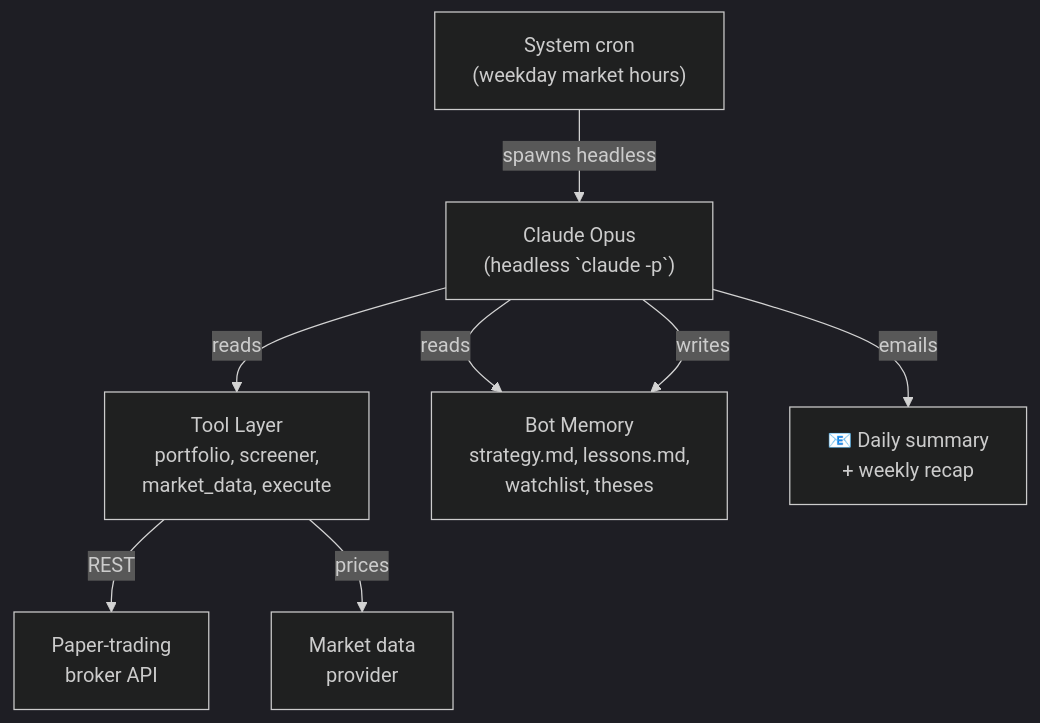
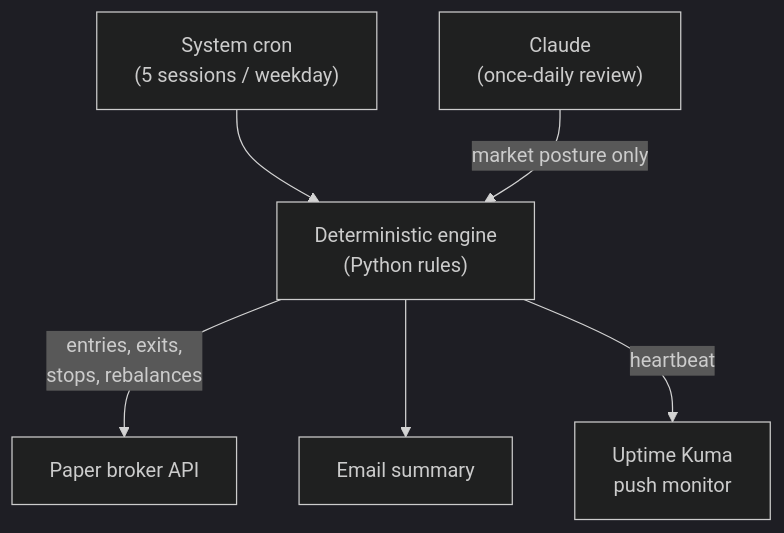
Before and after one commit to taylordbowers/homelab: the diagram in docs/services/automation/trading-bot.md, drawn with Mermaid (dark theme). The commit also changed other lines of this file and 35 other files, not shown here.

````diff
--- a/docs/services/automation/trading-bot.md
+++ b/docs/services/automation/trading-bot.md
@@ -10,10 +20,8 @@
 ```mermaid
 graph TD
-    Cron["System cron<br/>(weekday market hours)"] -->|spawns headless| Claude["Claude Opus<br/>(headless `claude -p`)"]
-    Claude -->|reads| Tools["Tool Layer<br/>portfolio, screener,<br/>market_data, execute"]
-    Claude -->|reads| Memory["Bot Memory<br/>strategy.md, lessons.md,<br/>watchlist, theses"]
-    Tools -->|REST| Broker["Paper-trading<br/>broker API"]
-    Tools -->|prices| MarketData["Market data<br/>provider"]
-    Claude -->|writes| Memory
-    Claude -->|emails| User["📧 Daily summary<br/>+ weekly recap"]
+    Cron["System cron\n(5 sessions / weekday)"] --> Engine["Deterministic engine\n(Python rules)"]
+    Engine -->|entries, exits,\nstops, rebalances| Broker["Paper broker API"]
+    LLM["Claude\n(once-daily review)"] -->|market posture only| Engine
+    Engine --> Report["Email summary"]
+    Engine -->|heartbeat| Kuma["Uptime Kuma\npush monitor"]
 ```
````
